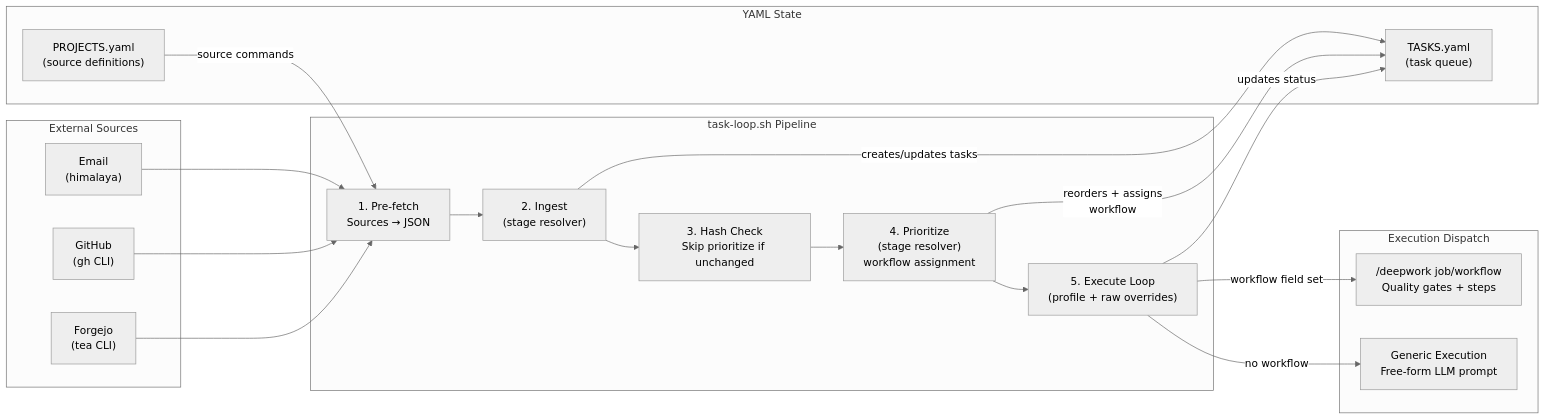
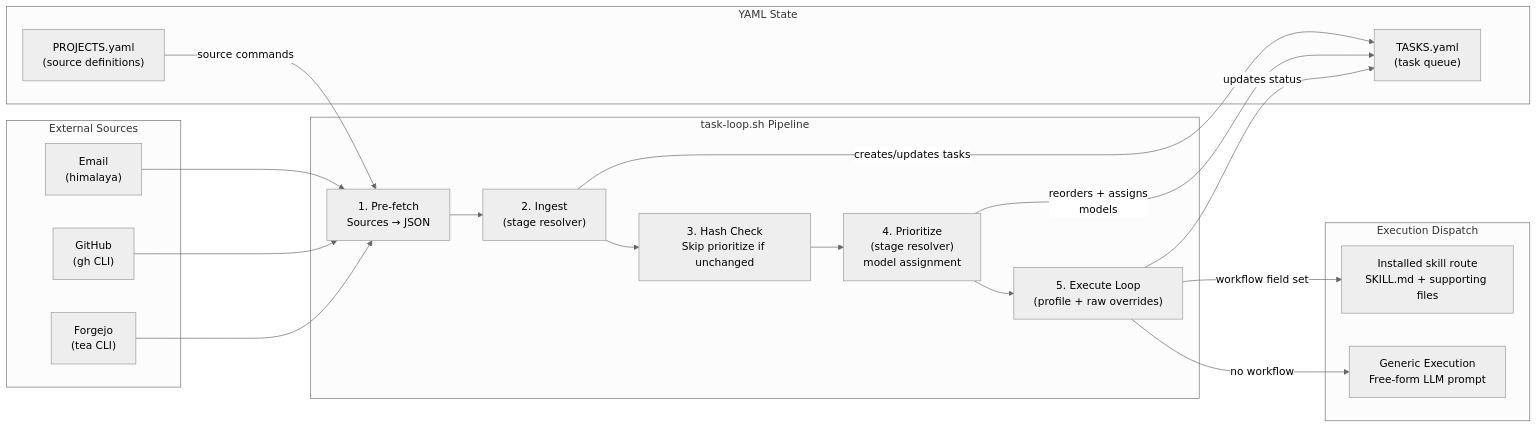
The second of 2 diagrams in docs/agents/os-agents.md (keystone-systems/os), drawn with Mermaid (neutral theme) before and after one commit. The commit also changed other lines of this file and 345 other files, not shown here.

````diff
--- a/docs/agents/os-agents.md
+++ b/docs/agents/os-agents.md
@@ -429,36 +427,36 @@
 ```mermaid
 flowchart LR
     subgraph Sources["External Sources"]
         email["Email<br/>(himalaya)"]
         github["GitHub<br/>(gh CLI)"]
         forgejo["Forgejo<br/>(tea CLI)"]
     end
 
     subgraph Pipeline["task-loop.sh Pipeline"]
         prefetch["1. Pre-fetch<br/>Sources → JSON"]
         ingest["2. Ingest<br/>(stage resolver)"]
         hash["3. Hash Check<br/>Skip prioritize if unchanged"]
-        prioritize["4. Prioritize<br/>(stage resolver)<br/>workflow assignment"]
+        prioritize["4. Prioritize<br/>(stage resolver)<br/>model assignment"]
         execute["5. Execute Loop<br/>(profile + raw overrides)"]
 
         prefetch --> ingest --> hash --> prioritize --> execute
     end
 
     subgraph State["YAML State"]
         projects["PROJECTS.yaml<br/>(source definitions)"]
         tasks["TASKS.yaml<br/>(task queue)"]
     end
 
     subgraph Dispatch["Execution Dispatch"]
-        deepwork["/deepwork job/workflow<br/>Quality gates + steps"]
+        skill["Installed skill route<br/>SKILL.md + supporting files"]
         generic["Generic Execution<br/>Free-form LLM prompt"]
     end
 
     email & github & forgejo --> prefetch
     projects -->|"source commands"| prefetch
     ingest -->|"creates/updates tasks"| tasks
-    prioritize -->|"reorders + assigns<br/>workflow"| tasks
-    execute -->|"workflow field set"| deepwork
+    prioritize -->|"reorders + assigns<br/>models"| tasks
+    execute -->|"workflow field set"| skill
     execute -->|"no workflow"| generic
     execute -->|"updates status"| tasks
 ```
````
